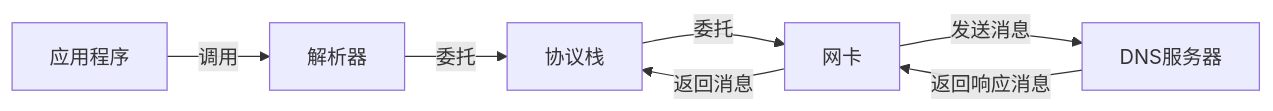
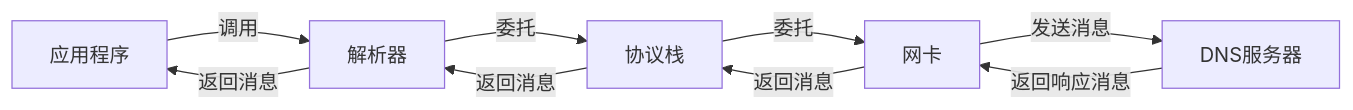
Before and after one commit to poppop9/obsidian: the diagram in 计算机/四大件/计算机网络2.md, drawn with Mermaid.

Commit message:
vault backup: 2023-09-03 10:06:21

````diff
--- a/计算机/四大件/计算机网络2.md
+++ b/计算机/四大件/计算机网络2.md
@@ -79,6 +79,6 @@
 ```mermaid
 graph LR
 	a[应用程序]--调用-->b[解析器]--委托-->c[协议栈]--委托-->d[网卡]--发送消息-->e[DNS服务器]
 	
-	e--返回响应消息-->d--返回消息-->c
+	e--返回响应消息-->d--返回消息-->c--返回消息-->b--返回消息-->a
 ```
````
